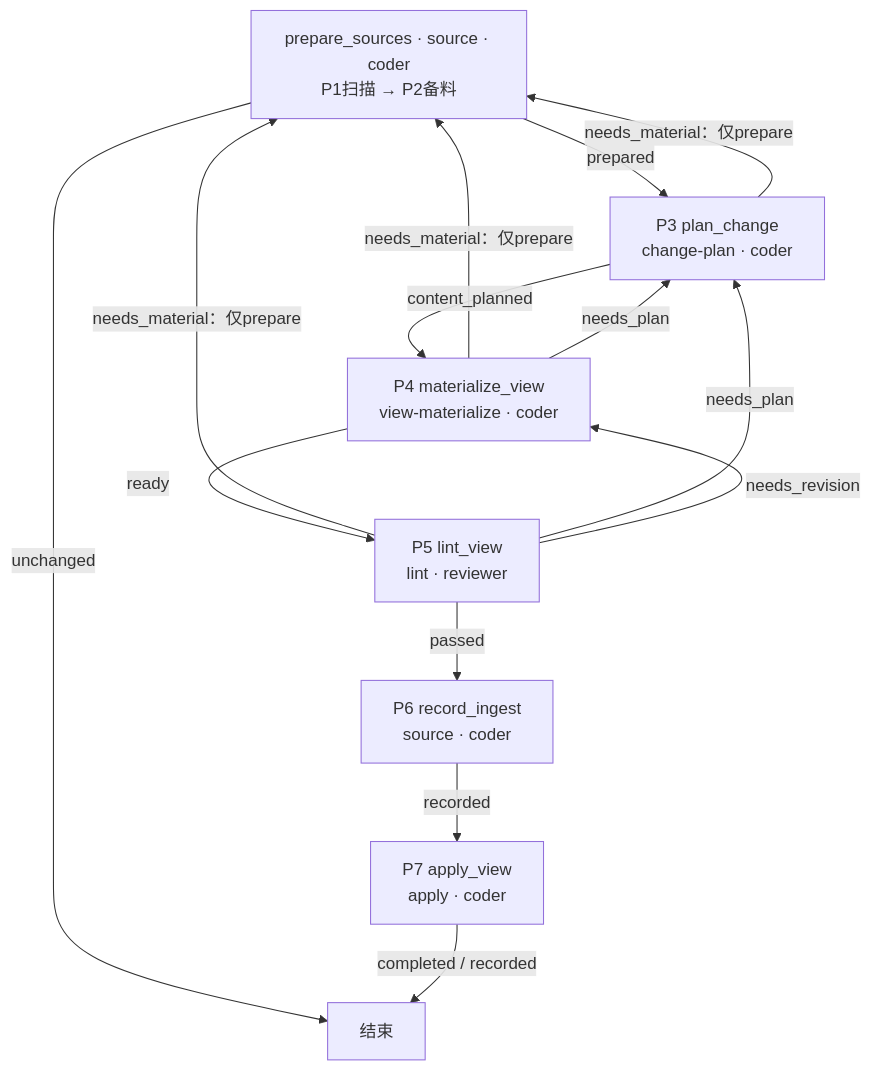
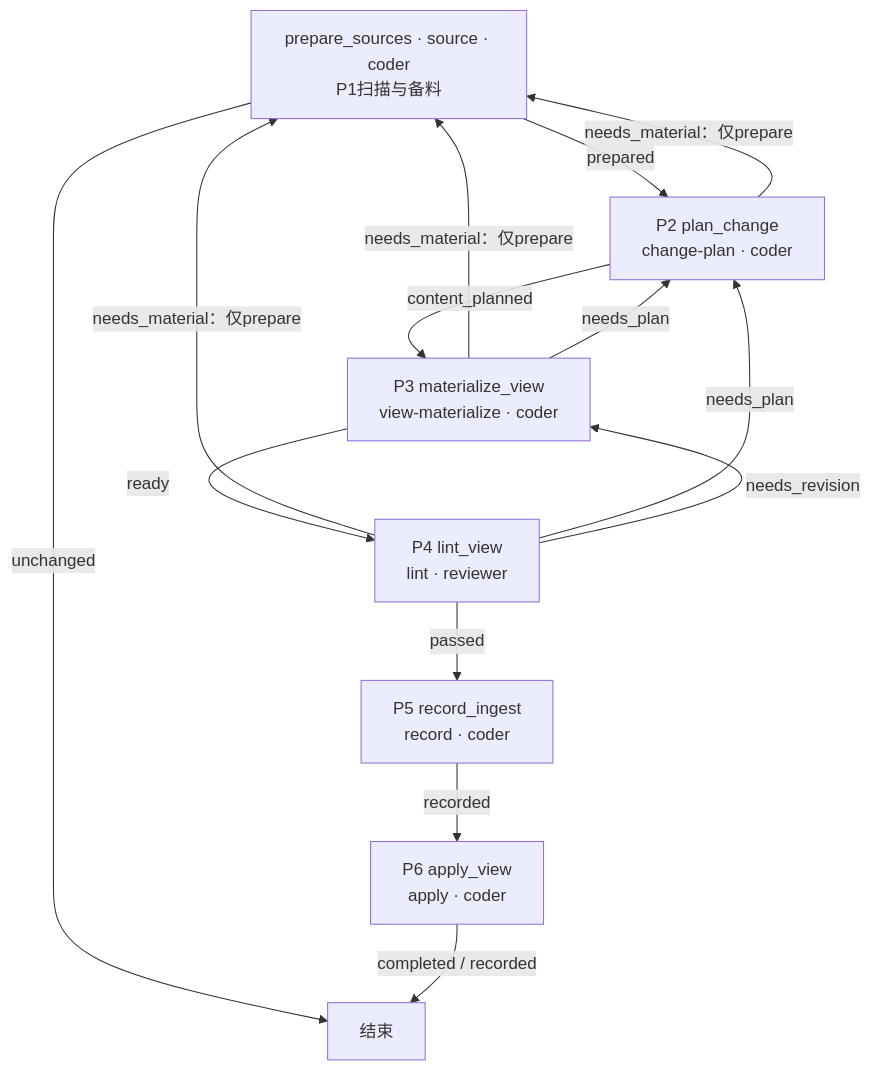
The fourth of 27 diagrams in himate/himate-knowledge-wifi-mp/docs-llm-wiki/知识库详细设计.md (Robin-hhc/FactumCore), drawn with Mermaid before and after one commit. The commit also changed other lines of this file and 190 other files, not shown here.

````diff
--- a/himate/himate-knowledge-wifi-mp/docs-llm-wiki/知识库详细设计.md
+++ b/himate/himate-knowledge-wifi-mp/docs-llm-wiki/知识库详细设计.md
@@ -143,16 +143,16 @@
 ```mermaid
 flowchart TD
-    SOURCE["prepare_sources · source · coder<br/>P1扫描 → P2备料"] -->|prepared| P3["P3 plan_change<br/>change-plan · coder"]
+    SOURCE["prepare_sources · source · coder<br/>P1扫描与备料"] -->|prepared| P2["P2 plan_change<br/>change-plan · coder"]
     SOURCE -->|unchanged| END["结束"]
-    P3 -->|content_planned| P4["P4 materialize_view<br/>view-materialize · coder"]
+    P2 -->|content_planned| P3["P3 materialize_view<br/>view-materialize · coder"]
+    P2 -->|needs_material：仅prepare| SOURCE
+    P3 -->|ready| P4["P4 lint_view<br/>lint · reviewer"]
     P3 -->|needs_material：仅prepare| SOURCE
-    P4 -->|ready| P5["P5 lint_view<br/>lint · reviewer"]
+    P3 -->|needs_plan| P2
     P4 -->|needs_material：仅prepare| SOURCE
-    P4 -->|needs_plan| P3
-    P5 -->|needs_material：仅prepare| SOURCE
-    P5 -->|needs_plan| P3
-    P5 -->|needs_revision| P4
-    P5 -->|passed| P6["P6 record_ingest<br/>source · coder"]
-    P6 -->|recorded| P7["P7 apply_view<br/>apply · coder"]
-    P7 -->|completed / recorded| END
+    P4 -->|needs_plan| P2
+    P4 -->|needs_revision| P3
+    P4 -->|passed| P5["P5 record_ingest<br/>record · coder"]
+    P5 -->|recorded| P6["P6 apply_view<br/>apply · coder"]
+    P6 -->|completed / recorded| END
 ```
````
